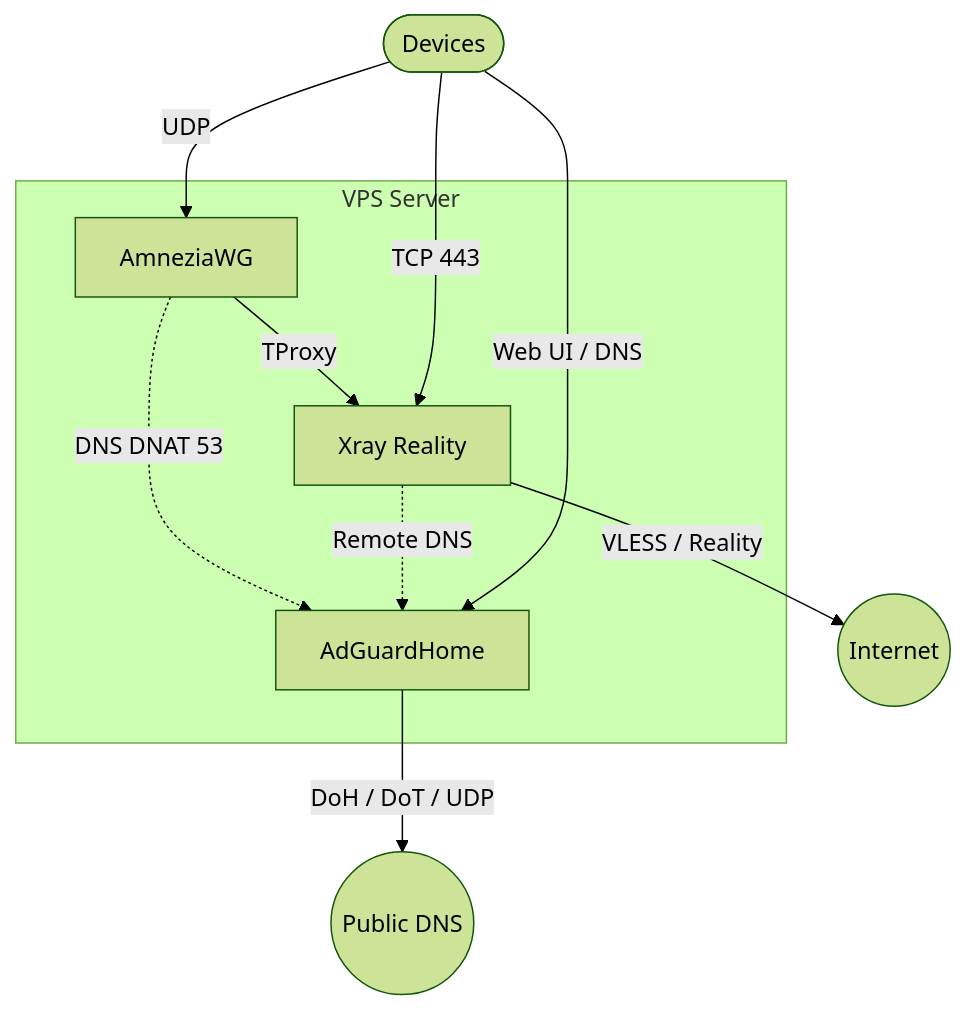
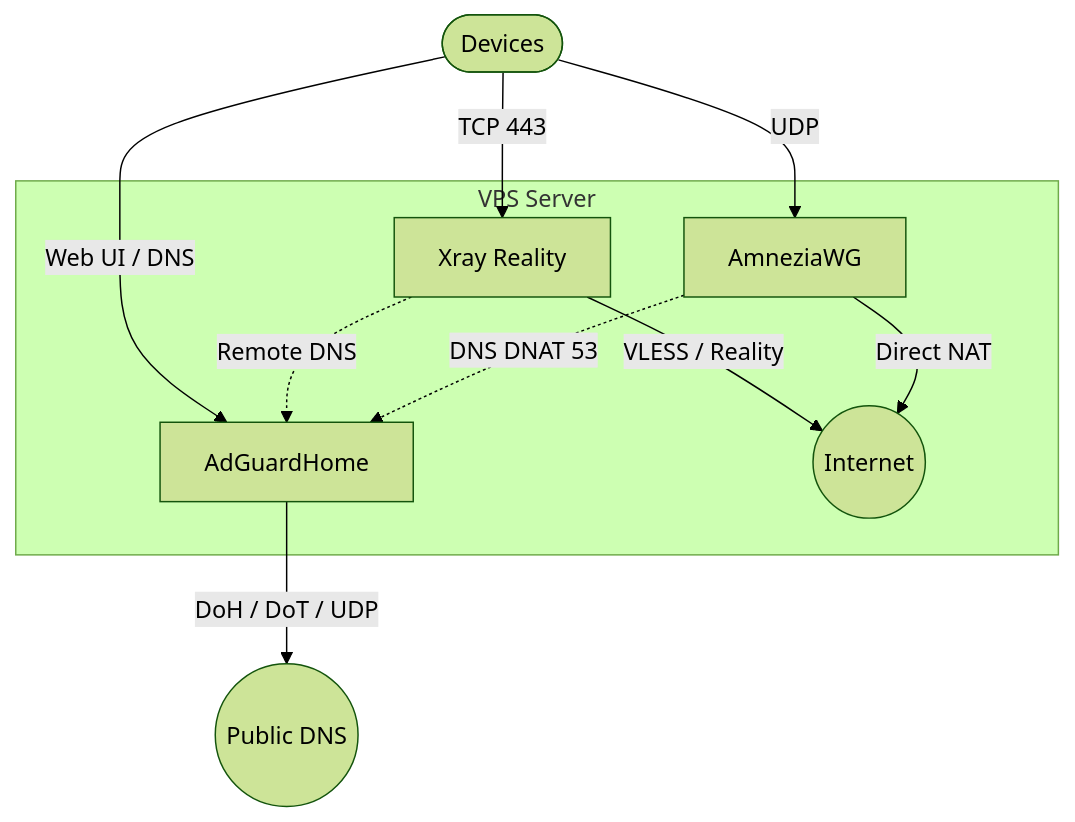
Before and after one commit to SpIvanM/3x-awg-adg-bundle: the second of 2 diagrams in readme.md, drawn with Mermaid (forest theme). The commit also changed other lines of this file and 9 other files, not shown here.

Commit message:
полный обход Xray/TProxy для AWG

````diff
--- a/readme.md
+++ b/readme.md
@@ -118,21 +118,21 @@
 ```mermaid
 graph TD
     User([Devices])
 
     subgraph VPS [VPS Server]
         AWG[AmneziaWG]
         XR[Xray Reality]
         AGH[AdGuardHome]
 
-        AWG -->|TProxy| XR
+        AWG -->|Direct NAT| Net((Internet))
         AWG -.->|DNS DNAT 53| AGH
         XR -.->|Remote DNS| AGH
     end
 
     XR -->|VLESS / Reality| Net((Internet))
     AGH -->|DoH / DoT / UDP| DNS((Public DNS))
 
     User -->|UDP| AWG
     User -->|TCP 443| XR
     User -->|Web UI / DNS| AGH
 ```
````
